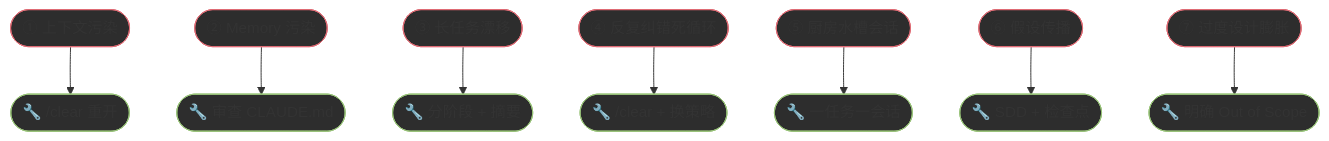
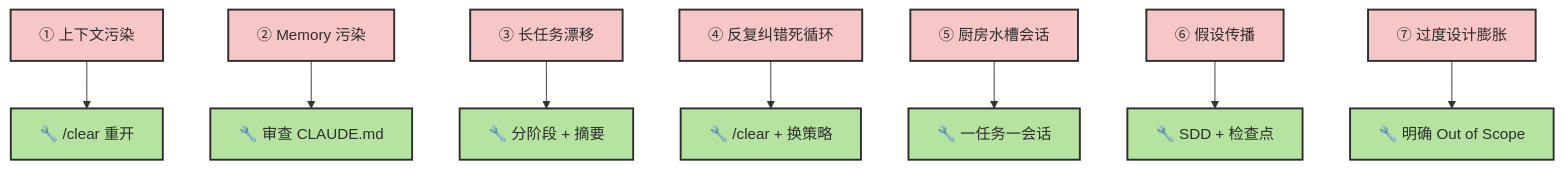
One commit to zht043/AgenticCodingTutorial changed the fifth of 10 diagrams in docs/chapters/ch10-collaboration.md. Above: the diagram before and after it, drawn with Mermaid. The commit also changed other lines of this file and 26 other files, not shown here.

````diff
--- a/docs/chapters/ch10-collaboration.md
+++ b/docs/chapters/ch10-collaboration.md
@@ -293,29 +297,29 @@
 ```mermaid
 flowchart TB
-    classDef fail fill:#2d2d2d,stroke:#e06c75
-    classDef fix fill:#2d2d2d,stroke:#98c379
+    classDef fail fill:#f7c6c7,stroke:#2d2d2d,stroke-width:2px,color:#2d2d2d
+    classDef fix fill:#b7e3a1,stroke:#2d2d2d,stroke-width:2px,color:#2d2d2d
 
-    F1(["① 上下文污染"]):::fail
-    F2(["② Memory 污染"]):::fail
-    F3(["③ 长任务漂移"]):::fail
-    F4(["④ 反复纠错死循环"]):::fail
-    F5(["⑤ 厨房水槽会话"]):::fail
-    F6(["⑥ 假设传播"]):::fail
-    F7(["⑦ 过度设计膨胀"]):::fail
+    F1["① 上下文污染"]:::fail
+    F2["② Memory 污染"]:::fail
+    F3["③ 长任务漂移"]:::fail
+    F4["④ 反复纠错死循环"]:::fail
+    F5["⑤ 厨房水槽会话"]:::fail
+    F6["⑥ 假设传播"]:::fail
+    F7["⑦ 过度设计膨胀"]:::fail
 
-    R1(["🔧 /clear 重开"]):::fix
-    R2(["🔧 审查 CLAUDE.md"]):::fix
-    R3(["🔧 分阶段 + 摘要"]):::fix
-    R4(["🔧 /clear + 换策略"]):::fix
-    R5(["🔧 一任务一会话"]):::fix
-    R6(["🔧 SDD + 检查点"]):::fix
-    R7(["🔧 明确 Out of Scope"]):::fix
+    R1["🔧 /clear 重开"]:::fix
+    R2["🔧 审查 CLAUDE.md"]:::fix
+    R3["🔧 分阶段 + 摘要"]:::fix
+    R4["🔧 /clear + 换策略"]:::fix
+    R5["🔧 一任务一会话"]:::fix
+    R6["🔧 SDD + 检查点"]:::fix
+    R7["🔧 明确 Out of Scope"]:::fix
 
     F1 --> R1
     F2 --> R2
     F3 --> R3
     F4 --> R4
     F5 --> R5
     F6 --> R6
     F7 --> R7
 ```
````
